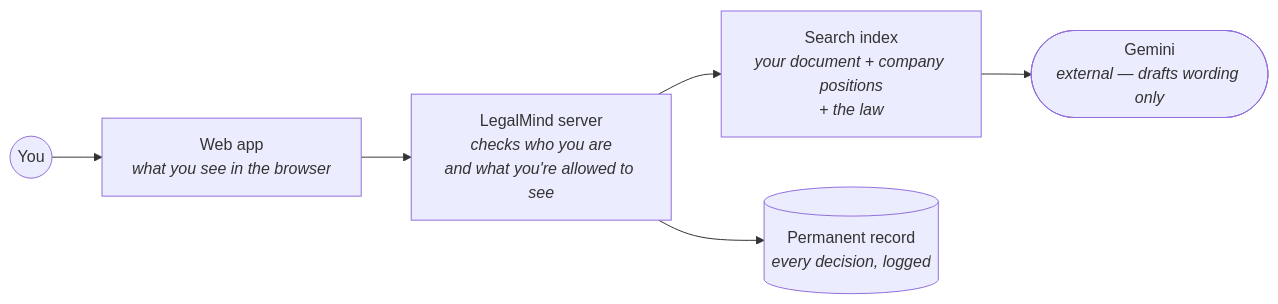
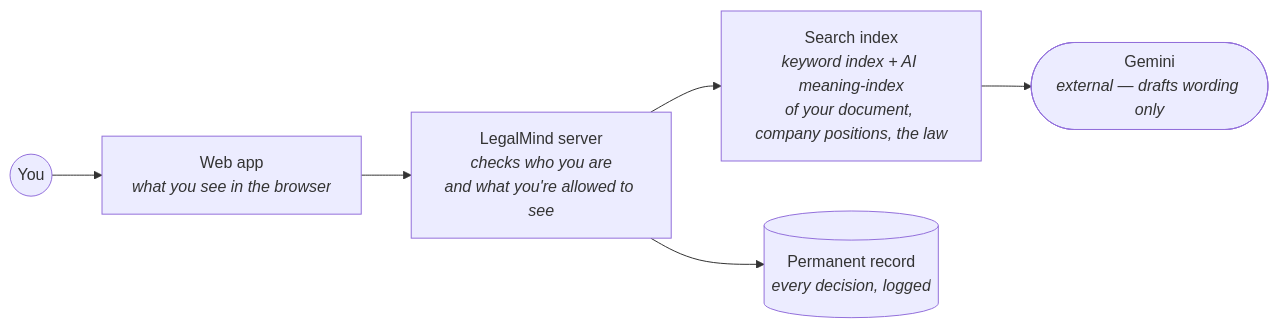
One commit to aman-data-on/LegalMind_v1 changed the fourth of 5 diagrams in docs/00-project/LEGALMIND_EXPLAINED.md. Above: the diagram before and after it, drawn with Mermaid. The commit also changed other lines of this file, not shown here.

````diff
--- a/docs/00-project/LEGALMIND_EXPLAINED.md
+++ b/docs/00-project/LEGALMIND_EXPLAINED.md
@@ -79,8 +79,8 @@
 ```mermaid
 flowchart LR
     U(("You")) --> Web["Web app<br/><i>what you see in the browser</i>"]
     Web --> Srv["LegalMind server<br/><i>checks who you are<br/>and what you're allowed to see</i>"]
-    Srv --> Idx["Search index<br/><i>your document + company positions<br/>+ the law</i>"]
+    Srv --> Idx["Search index<br/><i>keyword index + AI meaning-index<br/>of your document, company positions, the law</i>"]
     Idx --> Gemini(["Gemini<br/><i>external — drafts wording only</i>"])
     Srv --> DB[("Permanent record<br/><i>every decision, logged</i>")]
 ```
````
